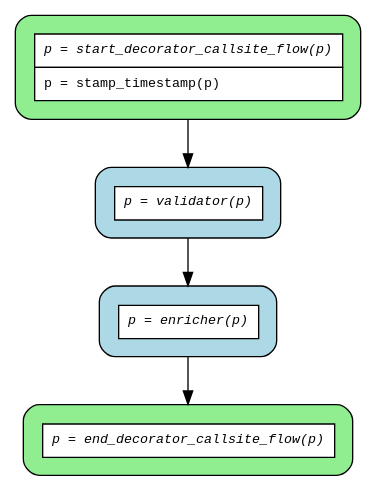
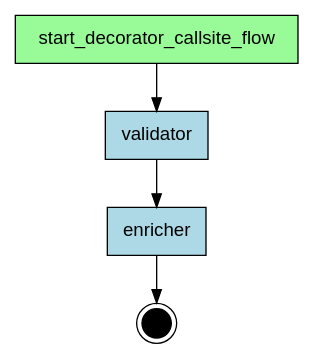
The diagram in examples/flows/compiled/decorator_callsite/flow.dot (deliveryhero/asya), drawn with Graphviz before and after one commit. The commit also changed 413 other files, not shown here.

First line of the commit message:
refactor(compiler): Phase 1 — replace ir/grouper/dotgen with analyzer/graphgen (#337)

```diff
--- a/examples/flows/compiled/decorator_callsite/flow.dot
+++ b/examples/flows/compiled/decorator_callsite/flow.dot
@@ -1,15 +1,16 @@
-digraph flow {
-  rankdir=TB;
-  graph [fontname="Courier", fontsize=10];
-  node [fontname="Courier", fontsize=10, shape=box, style="filled,rounded", margin="0.2"];
-  edge [fontname="Courier", fontsize=10];
+digraph "decorator_callsite_flow" {
+    rankdir=TB;
+    node [shape=box, style=filled, fontname="Helvetica"];
 
-  start_decorator_callsite_flow [fillcolor="lightgreen", group="main", label=<<table border="0" cellspacing="0" cellpadding="6" cellborder="1"><tr><td bgcolor="white" align="center"><i>p = start_decorator_callsite_flow(p)</i></td></tr><tr><td bgcolor="white" align="left">p = stamp_timestamp(p)</td></tr></table>>];
-  end_decorator_callsite_flow [fillcolor="lightgreen", group="main", label=<<table border="0" cellspacing="0" cellpadding="6" cellborder="1"><tr><td bgcolor="white" align="center"><i>p = end_decorator_callsite_flow(p)</i></td></tr></table>>];
-  enricher [fillcolor="lightblue", label=<<table border="0" cellspacing="0" cellpadding="6" cellborder="1"><tr><td bgcolor="white" align="center"><i>p = enricher(p)</i></td></tr></table>>];
-  validator [fillcolor="lightblue", label=<<table border="0" cellspacing="0" cellpadding="6" cellborder="1"><tr><td bgcolor="white" align="center"><i>p = validator(p)</i></td></tr></table>>];
+    { rank=source; start_decorator_callsite_flow; }
 
-  enricher -> end_decorator_callsite_flow;
-  start_decorator_callsite_flow -> validator;
-  validator -> enricher;
+    enricher [label="enricher", fillcolor=lightblue];
+    start_decorator_callsite_flow [label="start_decorator_callsite_flow", fillcolor=palegreen];
+    validator [label="validator", fillcolor=lightblue];
+
+    __end__ [label="", shape=doublecircle, fillcolor=black, width=0.3, fixedsize=true];
+
+    start_decorator_callsite_flow -> validator;
+    validator -> enricher;
+    enricher -> __end__;
 }
```
